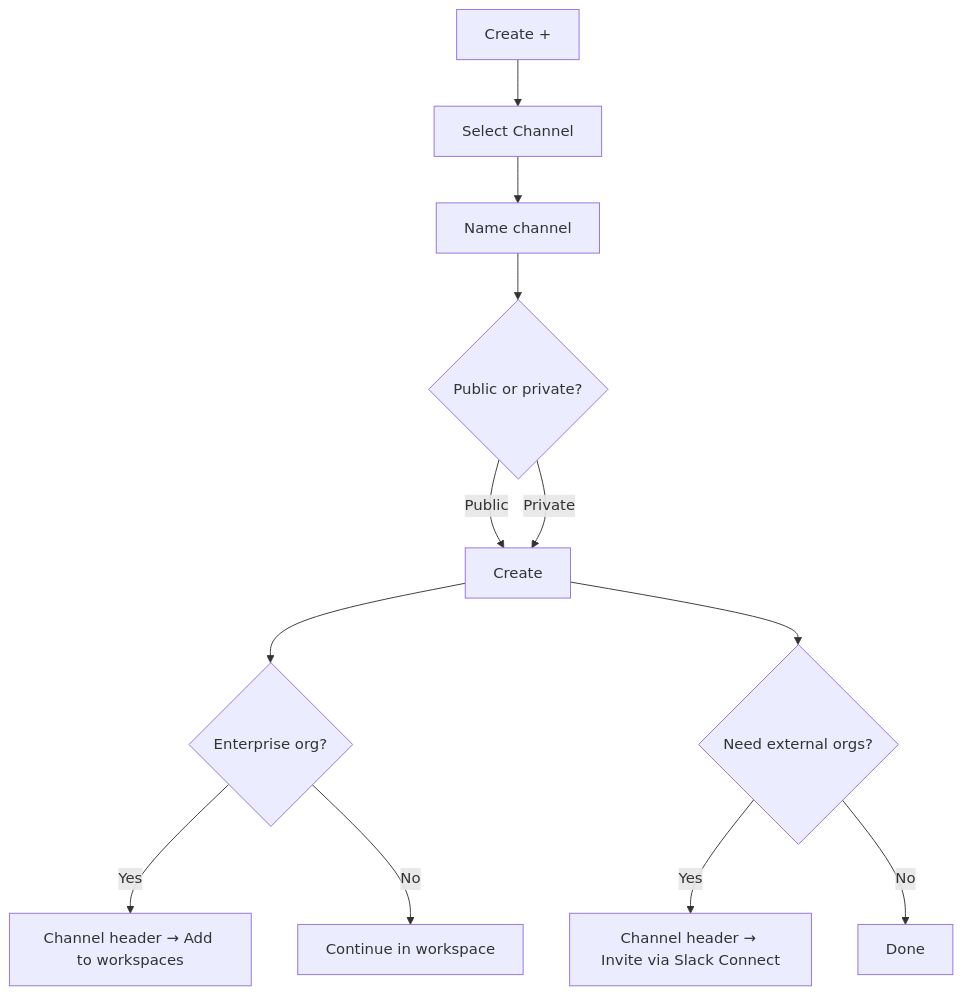
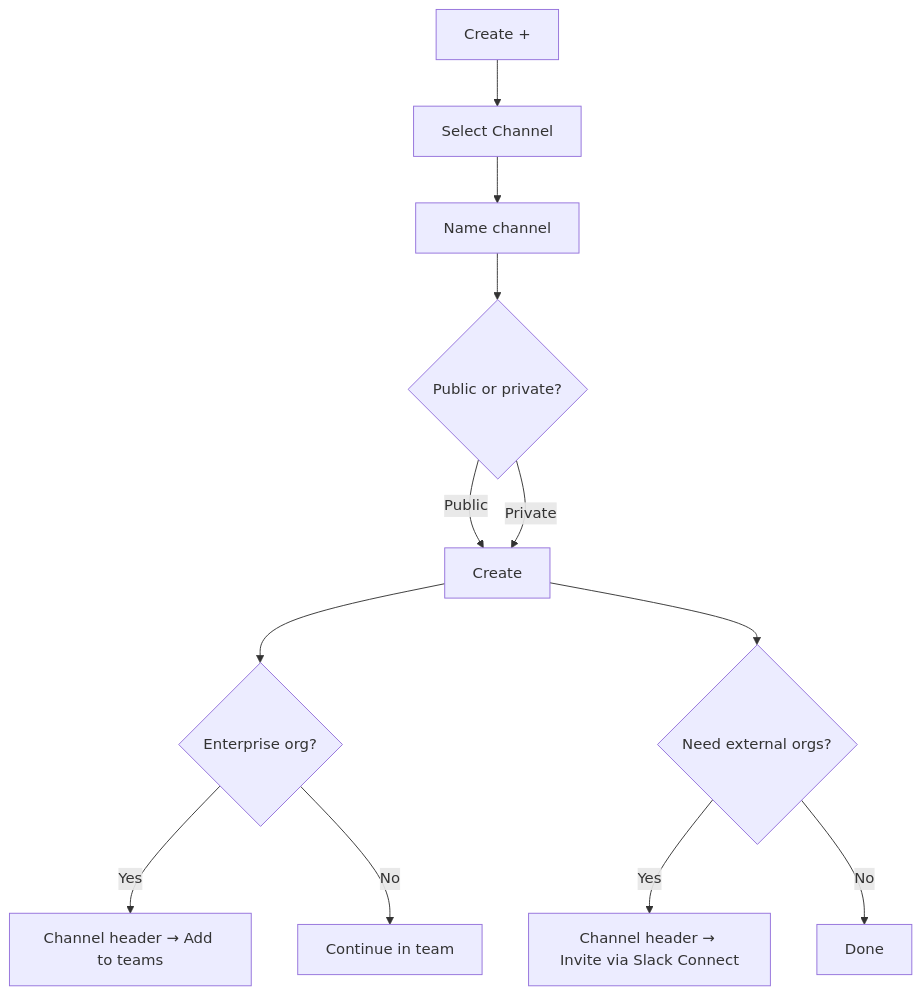
Before and after one commit to UnlikeOtherAI/Nessie: the second of 3 diagrams in docs/research/deep-research-on-the-slack-interface-and-interaction-model.md, drawn with Mermaid. The commit also changed other lines of this file and 776 other files, not shown here.

First line of the commit message:
refactor: rename the workspace concept to team, everywhere

````diff
--- a/docs/research/deep-research-on-the-slack-interface-and-interaction-model.md
+++ b/docs/research/deep-research-on-the-slack-interface-and-interaction-model.md
@@ -237,14 +237,14 @@
 ```mermaid
 flowchart TD
   A[Create +] --> B[Select Channel]
   B --> C[Name channel]
   C --> D{Public or private?}
   D -->|Public| E[Create]
   D -->|Private| E
   E --> F{Enterprise org?}
-  F -->|Yes| G[Channel header → Add to workspaces]
-  F -->|No| H[Continue in workspace]
+  F -->|Yes| G[Channel header → Add to teams]
+  F -->|No| H[Continue in team]
   E --> I{Need external orgs?}
   I -->|Yes| J[Channel header → Invite via Slack Connect]
   I -->|No| K[Done]
 ```
````
